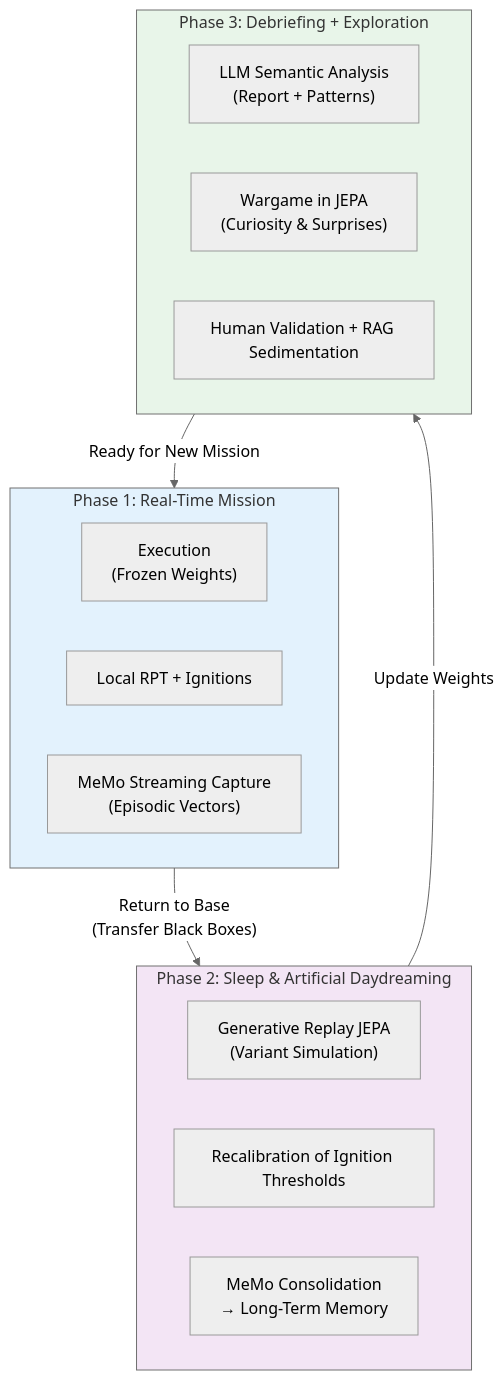
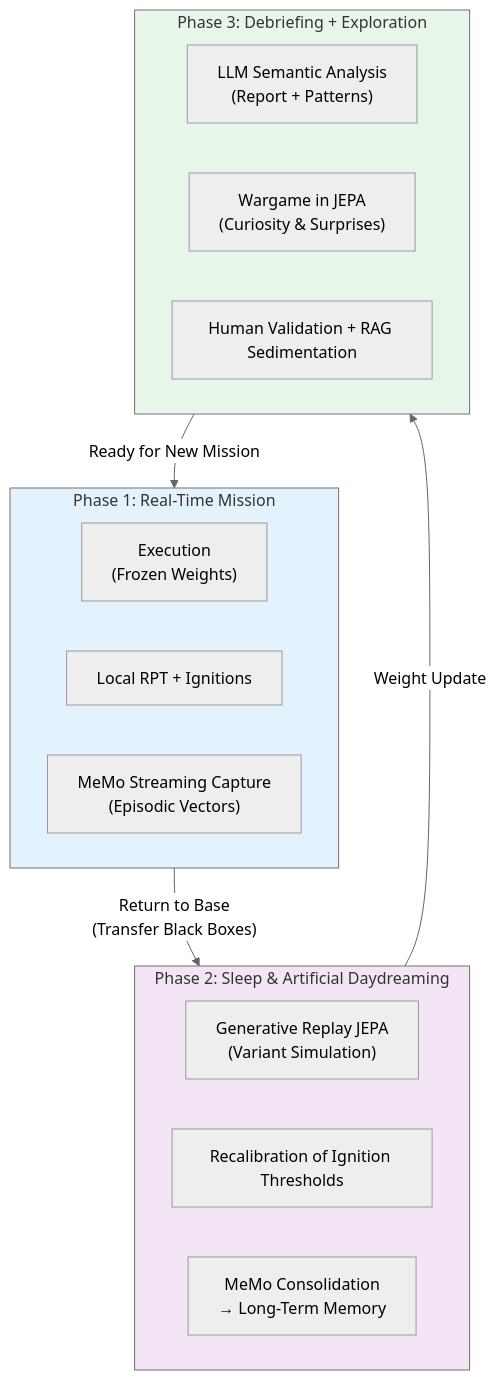
One commit to AlainCo/GNWT-Garrigue-X-en changed the second of 2 diagrams in mvp/mvp.md. Above: the diagram before and after it, drawn with Mermaid (neutral theme). The commit also changed other lines of this file and 23 other files, not shown here.

````diff
--- a/mvp/mvp.md
+++ b/mvp/mvp.md
@@ -86,33 +86,33 @@
 ```mermaid
 flowchart TD
     subgraph Phase1 ["Phase 1: Real-Time Mission"]
         A["Execution<br>(Frozen Weights)"]
         B["Local RPT + Ignitions"]
         C["MeMo Streaming Capture<br>(Episodic Vectors)"]
     end
 
     Phase1 -->|"Return to Base<br>(Transfer Black Boxes)"| Phase2
 
     subgraph Phase2 ["Phase 2: Sleep & Artificial Daydreaming"]
         D["Generative Replay JEPA<br>(Variant Simulation)"]
         E["Recalibration of Ignition Thresholds"]
         F["MeMo Consolidation<br>→ Long-Term Memory"]
     end
 
-    Phase2 -->|"Update Weights"| Phase3
+    Phase2 -->|"Weight Update"| Phase3
 
     subgraph Phase3 ["Phase 3: Debriefing + Exploration"]
         G["LLM Semantic Analysis<br>(Report + Patterns)"]
         H["Wargame in JEPA<br>(Curiosity & Surprises)"]
         I["Human Validation + RAG Sedimentation"]
     end
 
     Phase3 -->|"Ready for New Mission"| Phase1
 
     classDef mission fill:#e3f2fd
     classDef sommeil fill:#f3e5f5
     classDef debrief fill:#e8f5e9
     class Phase1 mission
     class Phase2 sommeil
     class Phase3 debrief
 ```
````
